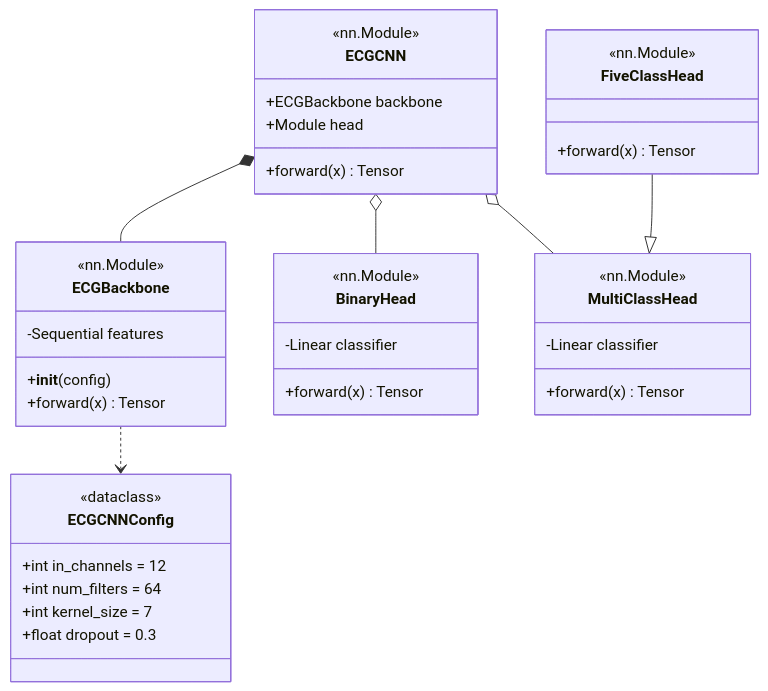
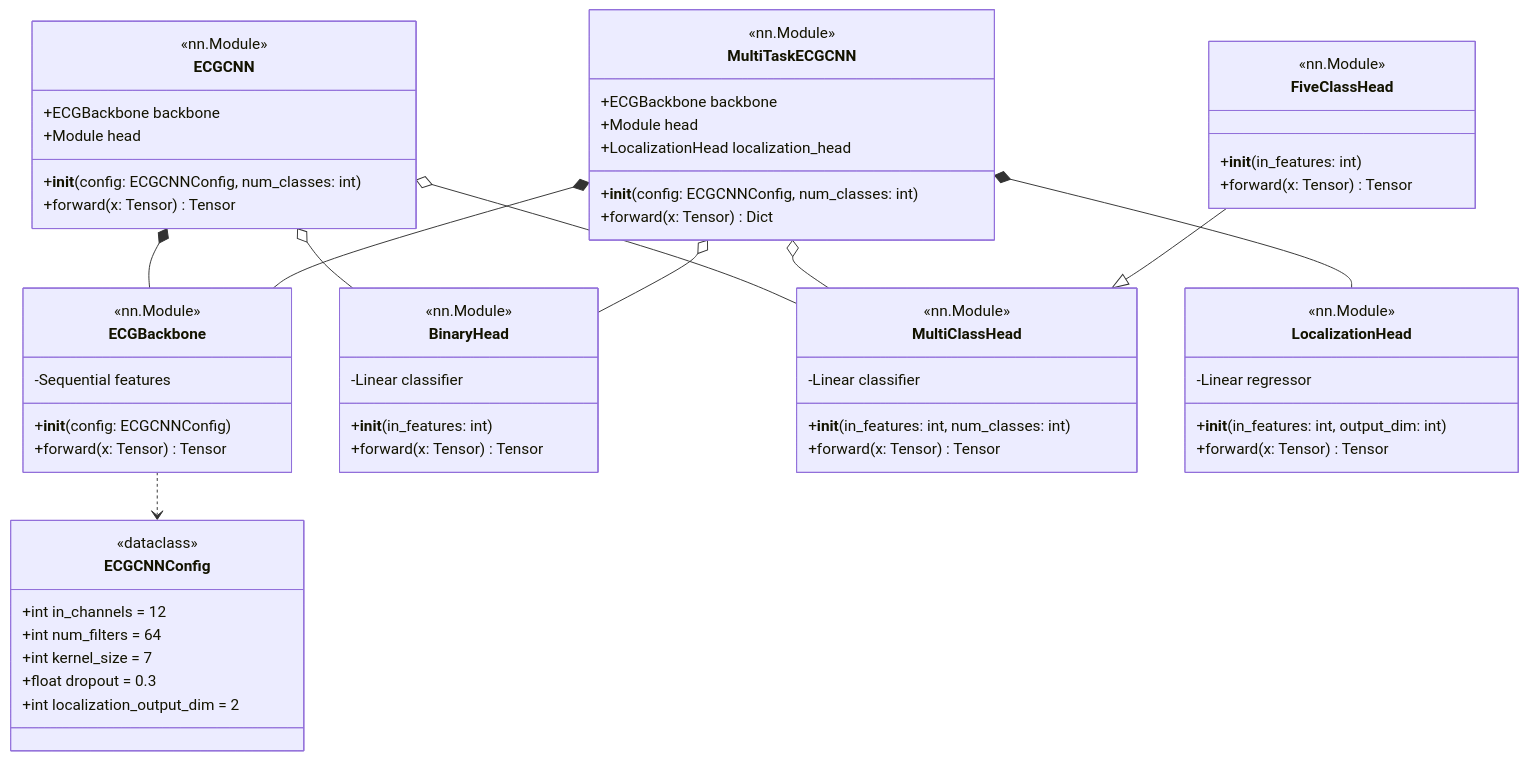
Before and after one commit to mUsaulug/CardioGuard-AI: the second of 7 diagrams in docs/diagrams/03_class_diagram.md, drawn with Mermaid. The commit also changed other lines of this file, not shown here.

````diff
--- a/docs/diagrams/03_class_diagram.md
+++ b/docs/diagrams/03_class_diagram.md
@@ -48,47 +48,72 @@
 ```mermaid
 classDiagram
     class ECGCNNConfig {
         <<dataclass>>
         +int in_channels = 12
         +int num_filters = 64
         +int kernel_size = 7
         +float dropout = 0.3
+        +int localization_output_dim = 2
     }
     
     class ECGBackbone {
         <<nn.Module>>
         -Sequential features
-        +__init__(config)
-        +forward(x) Tensor
+        +__init__(config: ECGCNNConfig)
+        +forward(x: Tensor) Tensor
     }
     
     class BinaryHead {
         <<nn.Module>>
         -Linear classifier
-        +forward(x) Tensor
+        +__init__(in_features: int)
+        +forward(x: Tensor) Tensor
     }
     
     class MultiClassHead {
         <<nn.Module>>
         -Linear classifier
-        +forward(x) Tensor
+        +__init__(in_features: int, num_classes: int)
+        +forward(x: Tensor) Tensor
     }
     
     class FiveClassHead {
         <<nn.Module>>
-        +forward(x) Tensor
+        +__init__(in_features: int)
+        +forward(x: Tensor) Tensor
+    }
+    
+    class LocalizationHead {
+        <<nn.Module>>
+        -Linear regressor
+        +__init__(in_features: int, output_dim: int)
+        +forward(x: Tensor) Tensor
     }
     
     class ECGCNN {
         <<nn.Module>>
         +ECGBackbone backbone
         +Module head
-        +forward(x) Tensor
+        +__init__(config: ECGCNNConfig, num_classes: int)
+        +forward(x: Tensor) Tensor
+    }
+    
+    class MultiTaskECGCNN {
+        <<nn.Module>>
+        +ECGBackbone backbone
+        +Module head
+        +LocalizationHead localization_head
+        +__init__(config: ECGCNNConfig, num_classes: int)
+        +forward(x: Tensor) Dict
     }
     
     ECGBackbone ..> ECGCNNConfig
     ECGCNN *-- ECGBackbone
     ECGCNN o-- BinaryHead
     ECGCNN o-- MultiClassHead
+    MultiTaskECGCNN *-- ECGBackbone
+    MultiTaskECGCNN *-- LocalizationHead
+    MultiTaskECGCNN o-- BinaryHead
+    MultiTaskECGCNN o-- MultiClassHead
     FiveClassHead --|> MultiClassHead
 ```
````
